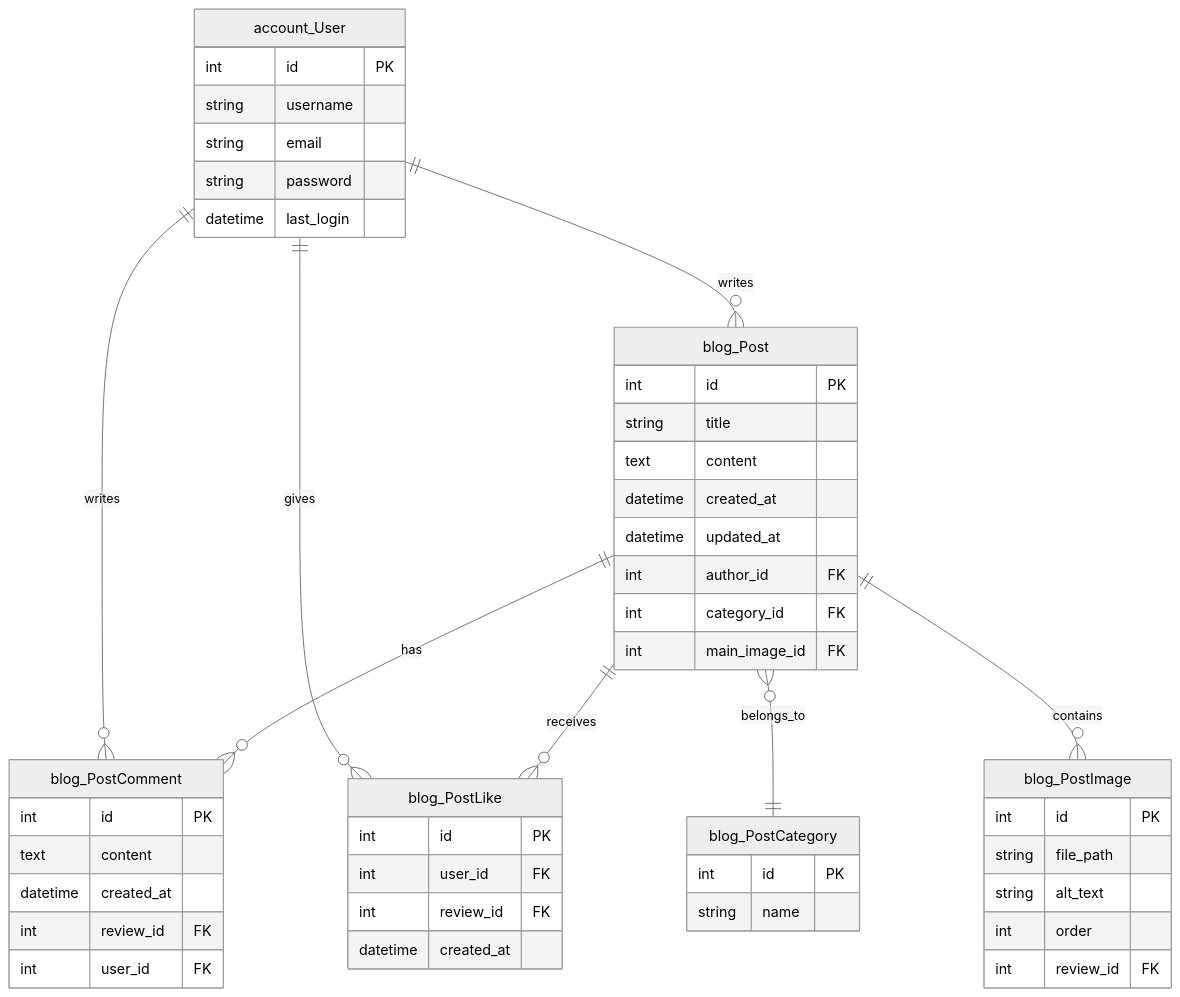
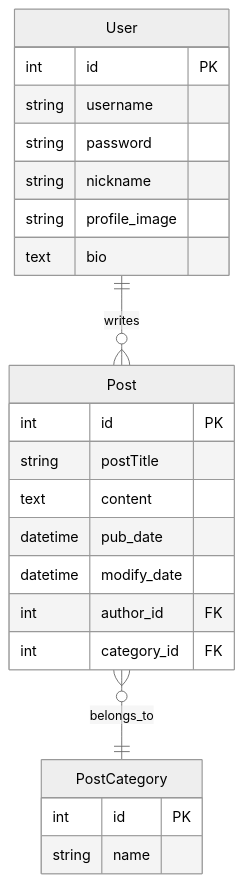
One commit to cheeou/Django-blog-project changed the second of 2 diagrams in README.md. Above: the diagram before and after it, drawn with Mermaid (neutral theme). The commit also changed other lines of this file and 4 other files, not shown here.

````diff
--- a/README.md
+++ b/README.md
@@ -80,52 +77,29 @@
 ```mermaid
 erDiagram
-    account_User ||--o{ blog_Post : writes
-    account_User ||--o{ blog_PostComment : writes
-    account_User ||--o{ blog_PostLike : gives
-    blog_Post ||--o{ blog_PostComment : has
-    blog_Post ||--o{ blog_PostLike : receives
-    blog_Post }o--|| blog_PostCategory : belongs_to
-    blog_Post ||--o{ blog_PostImage : contains
+    User ||--o{ Post : writes
+    Post }o--|| PostCategory : belongs_to
 
-    account_User {
+    User {
         int id PK
         string username
-        string email
         string password
-        datetime last_login
+        string nickname
+        string profile_image
+        text   bio
     }
-    blog_Post {
+    Post {
         int id PK
-        string title
+        string postTitle
         text content
-        datetime created_at
-        datetime updated_at
+        datetime pub_date
+        datetime modify_date
         int author_id FK
         int category_id FK
-        int main_image_id FK
     }
-    blog_PostImage {
-        int id PK
-        string file_path
-        string alt_text
-        int order
-        int review_id FK
-    }
-    blog_PostComment {
-        int id PK
-        text content
-        datetime created_at
-        int review_id FK
-        int user_id FK
-    }
-    blog_PostCategory {
+
+    PostCategory {
         int id PK
         string name
     }
-    blog_PostLike {
-        int id PK
-        int user_id FK
-        int review_id FK
-        datetime created_at
-    }
+
 ```
````
